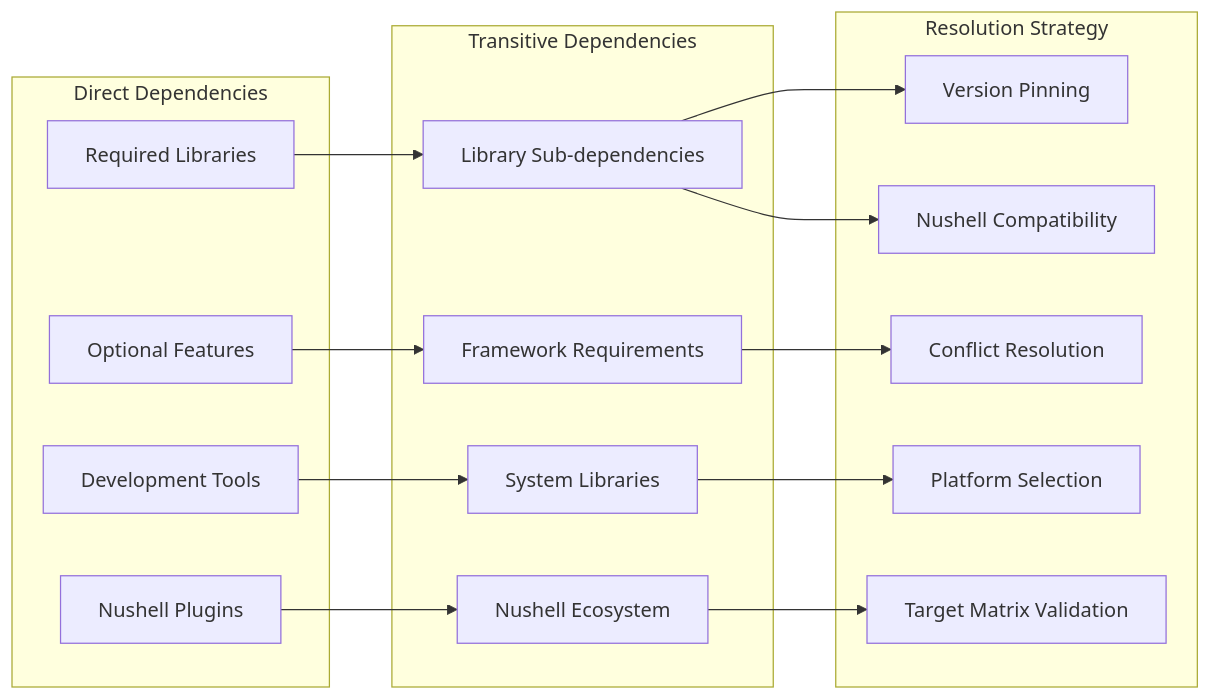
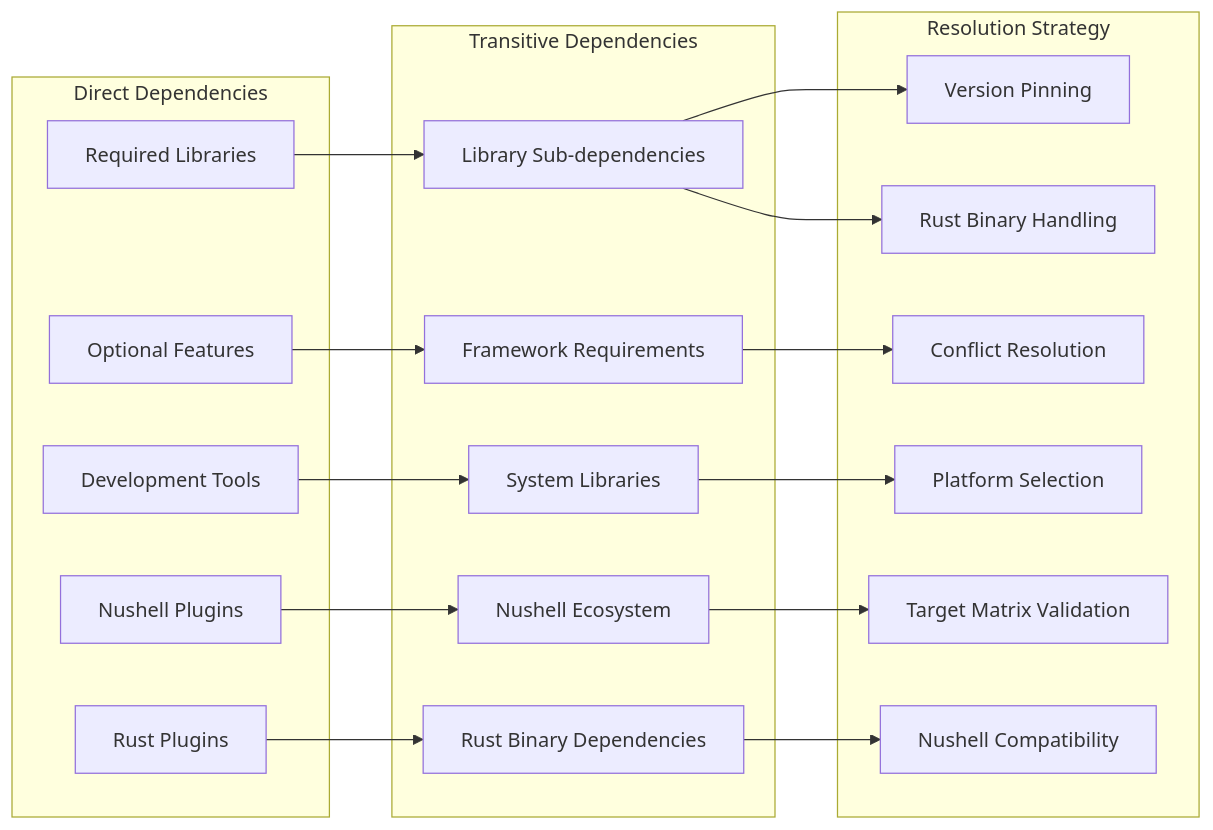
Before and after one commit to numan-cli/numan-plugins: the seventh of 8 diagrams in .qoder/repowiki/en/content/Core Components/Plugin Packaging System.md, drawn with Mermaid. The commit also changed other lines of this file and 17 other files, not shown here.

````diff
--- a/.qoder/repowiki/en/content/Core Components/Plugin Packaging System.md
+++ b/.qoder/repowiki/en/content/Core Components/Plugin Packaging System.md
@@ -338,31 +344,36 @@
 ```mermaid
 graph LR
 subgraph "Direct Dependencies"
 D1[Required Libraries]
 D2[Optional Features]
 D3[Development Tools]
 D4[Nushell Plugins]
+D5[Rust Plugins]
 end
 subgraph "Transitive Dependencies"
 T1[Library Sub-dependencies]
 T2[Framework Requirements]
 T3[System Libraries]
 T4[Nushell Ecosystem]
+T5[Rust Binary Dependencies]
 end
 subgraph "Resolution Strategy"
 R1[Version Pinning]
 R2[Conflict Resolution]
 R3[Platform Selection]
 R4[Target Matrix Validation]
 R5[Nushell Compatibility]
+R6[Rust Binary Handling]
 end
 D1 --> T1
 D2 --> T2
 D3 --> T3
 D4 --> T4
+D5 --> T5
 T1 --> R1
 T2 --> R2
 T3 --> R3
 T4 --> R4
-T1 --> R5
+T5 --> R5
+T1 --> R6
 ```
````
